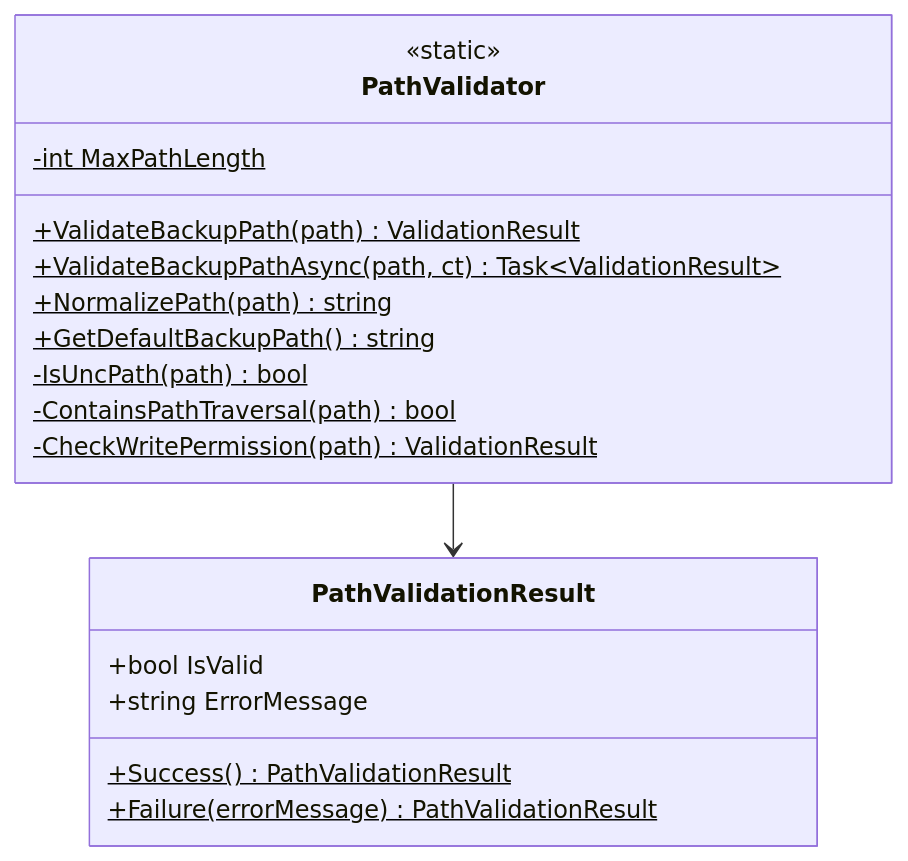
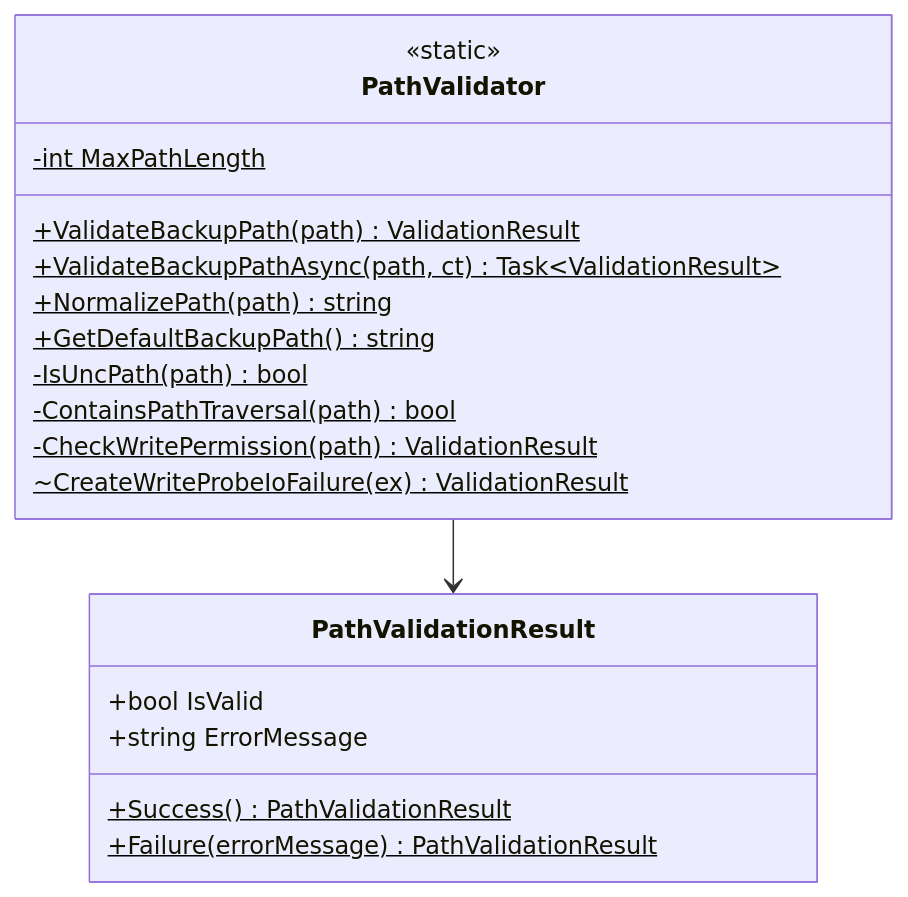
Before and after one commit to kuwayamamasayuki/ICCardManager: diagram 44 of 51 in ICCardManager/docs/design/05_クラス設計書.md, drawn with Mermaid. The commit also changed 13 other files, not shown here.

````diff
--- a/ICCardManager/docs/design/05_クラス設計書.md
+++ b/ICCardManager/docs/design/05_クラス設計書.md
@@ -2370,23 +2370,24 @@
 ```mermaid
 classDiagram
     class PathValidator {
         <<static>>
         -int MaxPathLength$
         +ValidateBackupPath(path)$ ValidationResult
         +ValidateBackupPathAsync(path, ct)$ Task~ValidationResult~
         +NormalizePath(path)$ string
         +GetDefaultBackupPath()$ string
         -IsUncPath(path)$ bool
         -ContainsPathTraversal(path)$ bool
         -CheckWritePermission(path)$ ValidationResult
+        ~CreateWriteProbeIoFailure(ex)$ ValidationResult
     }
 
     class PathValidationResult {
         +bool IsValid
         +string ErrorMessage
         +Success()$ PathValidationResult
         +Failure(errorMessage)$ PathValidationResult
     }
 
     PathValidator --> PathValidationResult
 ```
````
